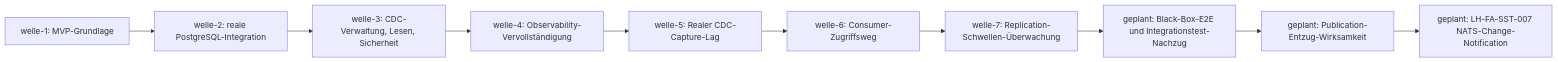
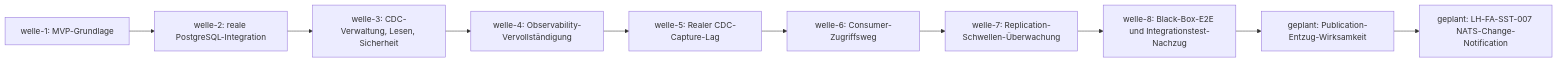
One commit to pt9912/pg-change-feed changed the diagram in docs/plan/planning/in-progress/roadmap.md. Above: the diagram before and after it, drawn with Mermaid. The commit also changed other lines of this file and 1 other file, not shown here.

First line of the commit message:
docs(planning): Welle 8 eroeffnet — Black-Box-E2E und Integrationstest-Nachzug (ADR-0030)

````diff
--- a/docs/plan/planning/in-progress/roadmap.md
+++ b/docs/plan/planning/in-progress/roadmap.md
@@ -84,15 +85,15 @@
 ```mermaid
 flowchart LR
     W1[welle-1: MVP-Grundlage]
     W2[welle-2: reale PostgreSQL-Integration]
     W3[welle-3: CDC-Verwaltung, Lesen, Sicherheit]
     W4[welle-4: Observability-Vervollständigung]
     W5[welle-5: Realer CDC-Capture-Lag]
     W6[welle-6: Consumer-Zugriffsweg]
     W7[welle-7: Replication-Schwellen-Überwachung]
-    W8[geplant: Black-Box-E2E und Integrationstest-Nachzug]
+    W8[welle-8: Black-Box-E2E und Integrationstest-Nachzug]
     W9[geplant: Publication-Entzug-Wirksamkeit]
     W10[geplant: LH-FA-SST-007 NATS-Change-Notification]
 
     W1 --> W2 --> W3 --> W4 --> W5 --> W6 --> W7 --> W8 --> W9 --> W10
 ```
````
